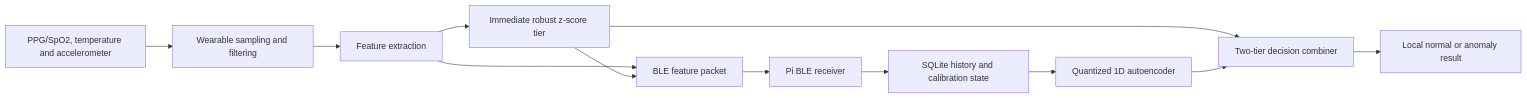
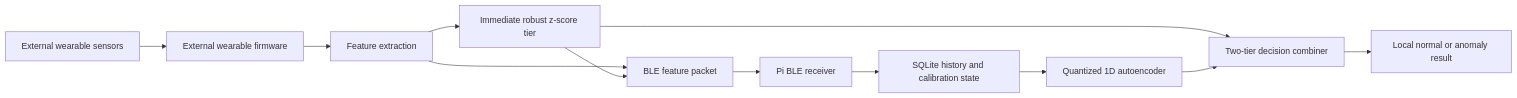
The diagram in docs/superpowers/specs/2026-09-07-two-tier-anomaly-monitor-design.md (Sammybams/home-health-monitor), drawn with Mermaid before and after one commit. The commit also changed other lines of this file, not shown here.

````diff
--- a/docs/superpowers/specs/2026-09-07-two-tier-anomaly-monitor-design.md
+++ b/docs/superpowers/specs/2026-09-07-two-tier-anomaly-monitor-design.md
@@ -42,14 +46,14 @@
 ```mermaid
 flowchart LR
-    S[PPG/SpO2, temperature and accelerometer] --> W[Wearable sampling and filtering]
+    S[External wearable sensors] --> W[External wearable firmware]
     W --> F[Feature extraction]
     F --> Z[Immediate robust z-score tier]
     F --> B[BLE feature packet]
     Z --> B
     B --> G[Pi BLE receiver]
     G --> D[SQLite history and calibration state]
     D --> A[Quantized 1D autoencoder]
     Z --> C[Two-tier decision combiner]
     A --> C
     C --> O[Local normal or anomaly result]
 ```
````
